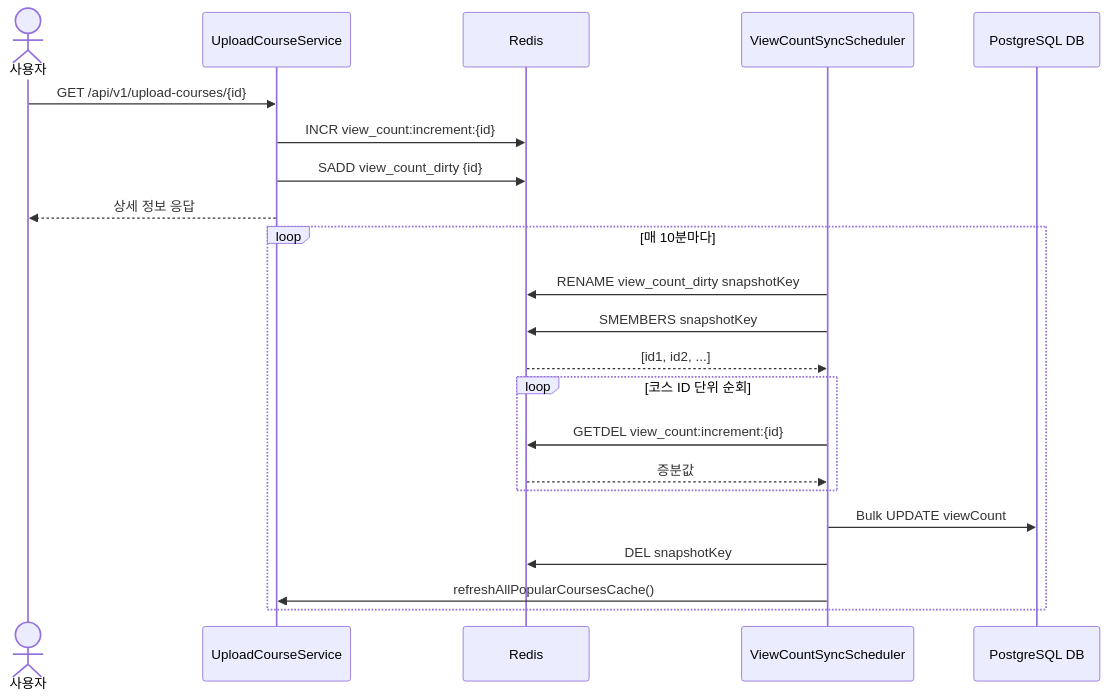
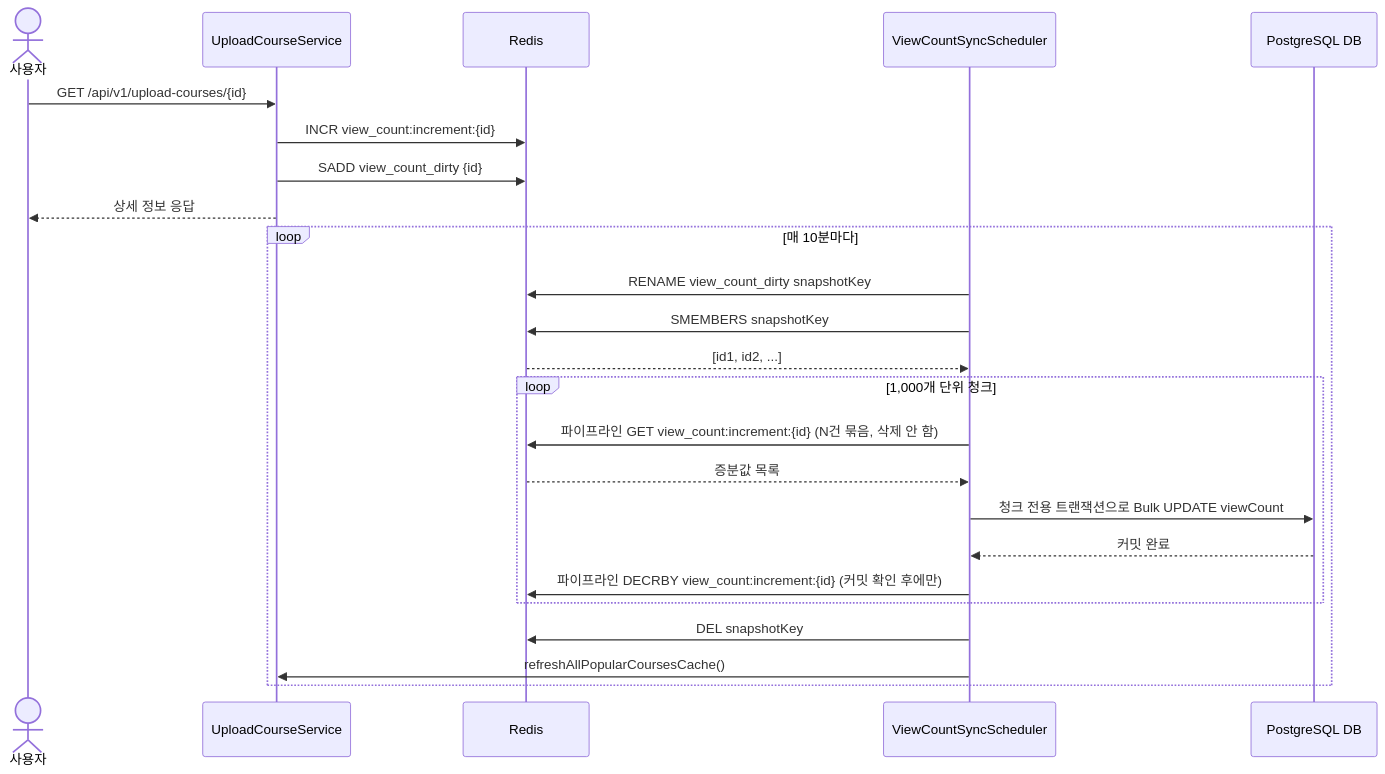
One commit to Kookmin-MoP-Yourtrip/YOURTRIP_BE changed the diagram in docs/tasks/TASK-5.md. Above: the diagram before and after it, drawn with Mermaid. The commit also changed other lines of this file and 4 other files, not shown here.

First line of the commit message:
perf: 조회수 스케줄러 GETDEL을 GET→DECRBY 파이프라이닝으로 전환

````diff
--- a/docs/tasks/TASK-5.md
+++ b/docs/tasks/TASK-5.md
@@ -47,26 +52,28 @@
 ```mermaid
 sequenceDiagram
     actor User as 사용자
     participant API as UploadCourseService
     participant Redis as Redis
     participant Scheduler as ViewCountSyncScheduler
     participant DB as PostgreSQL DB
 
     User->>API: GET /api/v1/upload-courses/{id}
     API->>Redis: INCR view_count:increment:{id}
     API->>Redis: SADD view_count_dirty {id}
     API-->>User: 상세 정보 응답
 
     loop 매 10분마다
         Scheduler->>Redis: RENAME view_count_dirty snapshotKey
         Scheduler->>Redis: SMEMBERS snapshotKey
         Redis-->>Scheduler: [id1, id2, ...]
-        loop 코스 ID 단위 순회
-            Scheduler->>Redis: GETDEL view_count:increment:{id}
-            Redis-->>Scheduler: 증분값
+        loop 1,000개 단위 청크
+            Scheduler->>Redis: 파이프라인 GET view_count:increment:{id} (N건 묶음, 삭제 안 함)
+            Redis-->>Scheduler: 증분값 목록
+            Scheduler->>DB: 청크 전용 트랜잭션으로 Bulk UPDATE viewCount
+            DB-->>Scheduler: 커밋 완료
+            Scheduler->>Redis: 파이프라인 DECRBY view_count:increment:{id} (커밋 확인 후에만)
         end
-        Scheduler->>DB: Bulk UPDATE viewCount
         Scheduler->>Redis: DEL snapshotKey
         Scheduler->>API: refreshAllPopularCoursesCache()
     end
 ```
````
